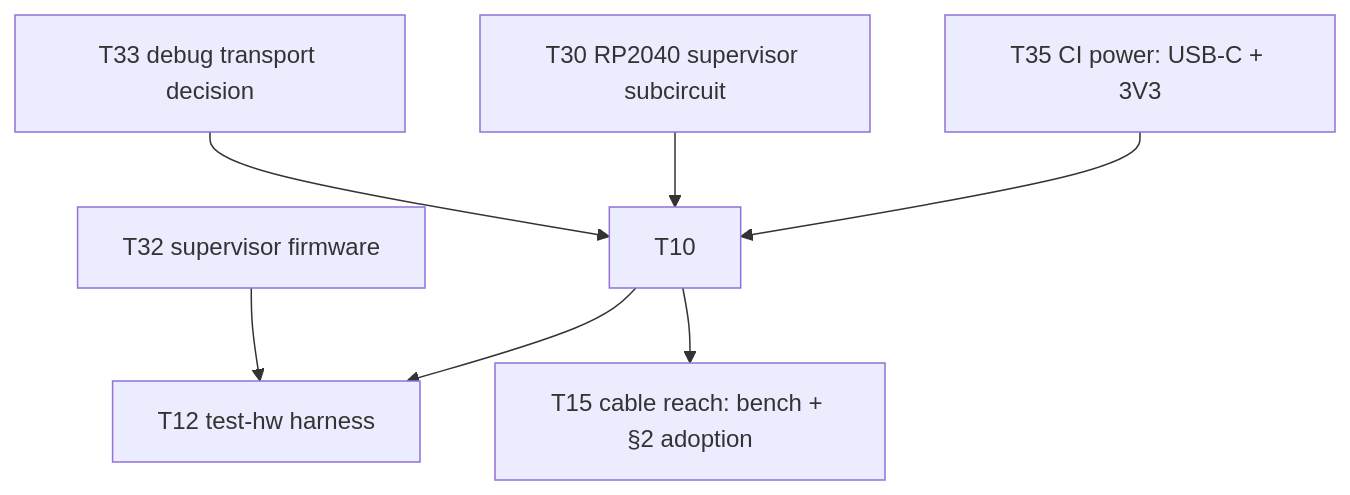
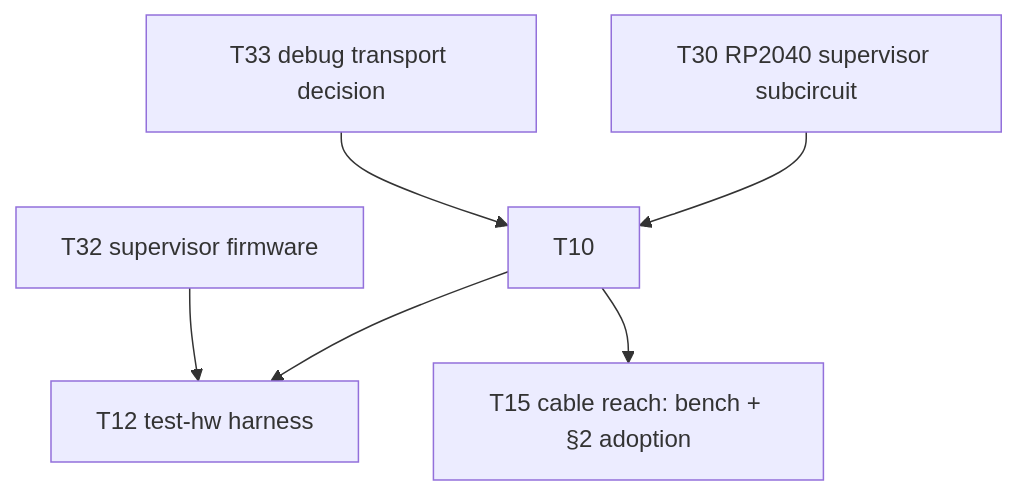
Before and after one commit to kristofferkoch/oparroy: the diagram in KANBAN.md, drawn with Mermaid. The commit also changed other lines of this file and 1 other file, not shown here.

First line of the commit message:
docs: settle the CI power picks, spawn the rail-current budget card

````diff
--- a/KANBAN.md
+++ b/KANBAN.md
@@ -34,9 +34,8 @@
 ```mermaid
 graph TD
-    T35[T35 CI power: USB-C + 3V3] --> T10
     T30[T30 RP2040 supervisor subcircuit] --> T10
     T33[T33 debug transport decision] --> T10
     T10 --> T12[T12 test-hw harness]
     T10 --> T15[T15 cable reach: bench + §2 adoption]
     T32[T32 supervisor firmware] --> T12
 ```
````
